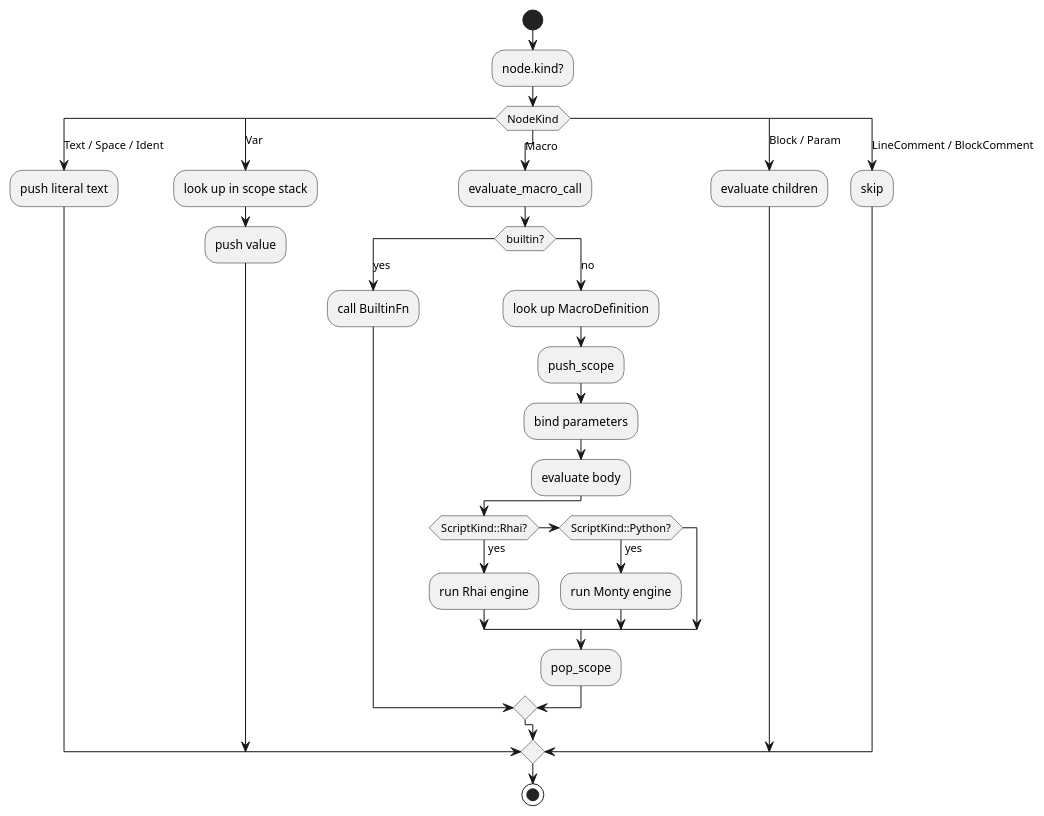
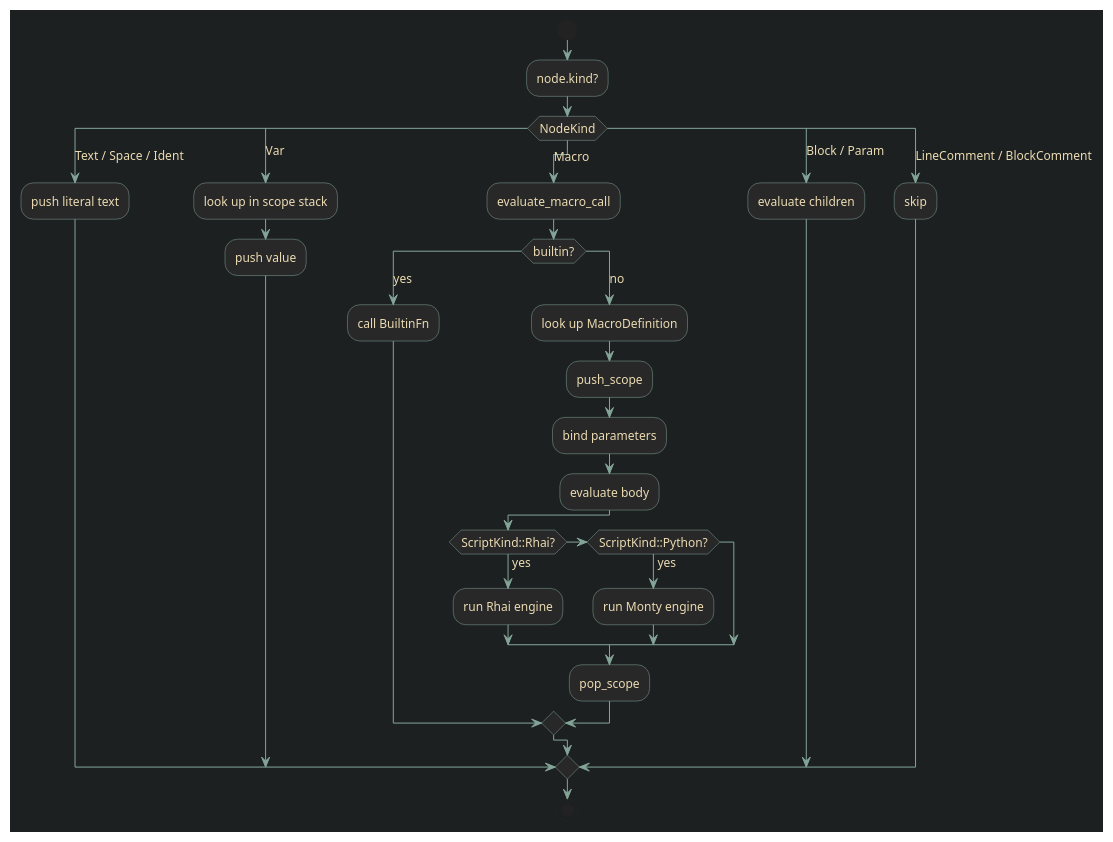
Before and after one commit to giannifer7/weaveback: the diagram in crates/weaveback-macro/src/evaluator/core.adoc, drawn with PlantUML. The commit also changed 14 other files, not shown here.

```diff
--- a/crates/weaveback-macro/src/evaluator/core.adoc
+++ b/crates/weaveback-macro/src/evaluator/core.adoc
@@ -58,36 +58,49 @@
-[plantuml]
+[plantuml,format=svg]
 ----
 @startuml
+skinparam backgroundColor #1d2021
+skinparam defaultFontColor #ebdbb2
+skinparam defaultFontSize 12
+skinparam ArrowColor #83a598
+skinparam ActivityBorderColor #83a598
+skinparam ActivityBackgroundColor #282828
+skinparam ActivityFontColor #ebdbb2
+skinparam ActivityBarColor #b8bb26
+skinparam ConditionBorderColor #fabd2f
+skinparam ConditionBackgroundColor #3c3836
+skinparam StartColor #b8bb26
+skinparam EndColor #fb4934
+
 start
 :node.kind?;
 switch (NodeKind)
 case (Text / Space / Ident)
   :push literal text;
 case (Var)
   :look up in scope stack;
   :push value;
 case (Macro)
   :evaluate_macro_call;
   switch (builtin?)
   case (yes)
     :call BuiltinFn;
   case (no)
     :look up MacroDefinition;
     :push_scope;
     :bind parameters;
     :evaluate body;
     if (ScriptKind::Rhai?) then (yes)
       :run Rhai engine;
     else if (ScriptKind::Python?) then (yes)
       :run Monty engine;
     endif
     :pop_scope;
   endswitch
 case (Block / Param)
   :evaluate children;
 case (LineComment / BlockComment)
   :skip;
 endswitch
 stop
 @enduml
 ----
```
